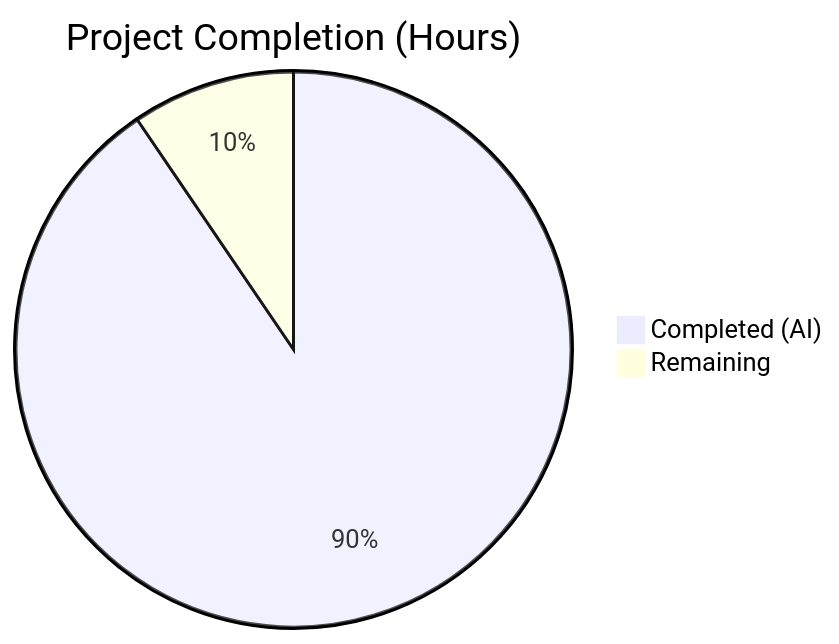
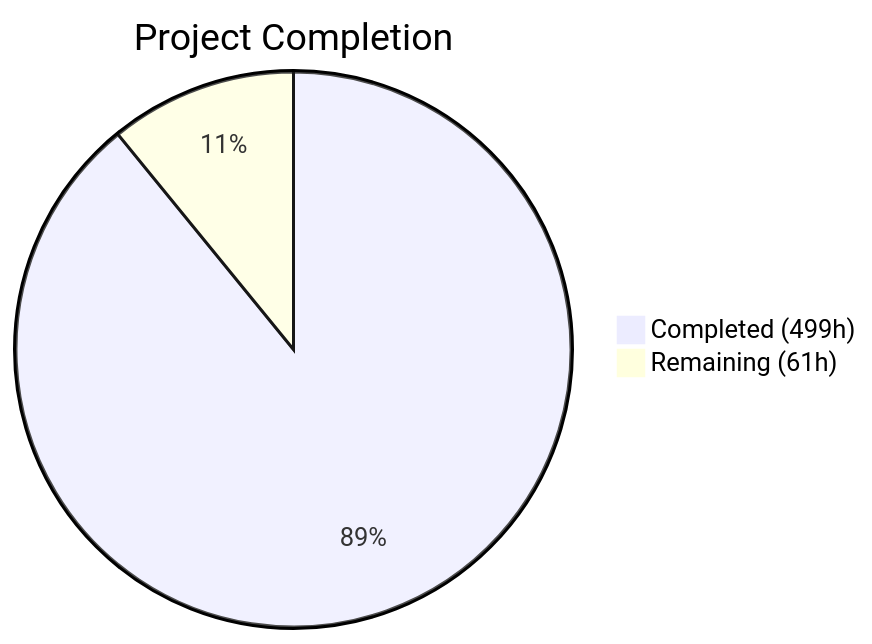
One commit to Blitzy-Sandbox/blitzy-c-compiler changed the first of 2 diagrams in blitzy/documentation/Project Guide.md. Above: the diagram before and after it, drawn with Mermaid. The commit also changed other lines of this file, not shown here.

Commit message:
Adding Blitzy Project Guide: Project Status and Human Tasks Remaining

````diff
--- a/blitzy/documentation/Project Guide.md
+++ b/blitzy/documentation/Project Guide.md
@@ -13,5 +13,5 @@
 ```mermaid
-pie title Project Completion (Hours)
-    "Completed (AI)" : 400
-    "Remaining" : 42
+pie title Project Completion
+    "Completed (499h)" : 499
+    "Remaining (61h)" : 61
 ```
````
